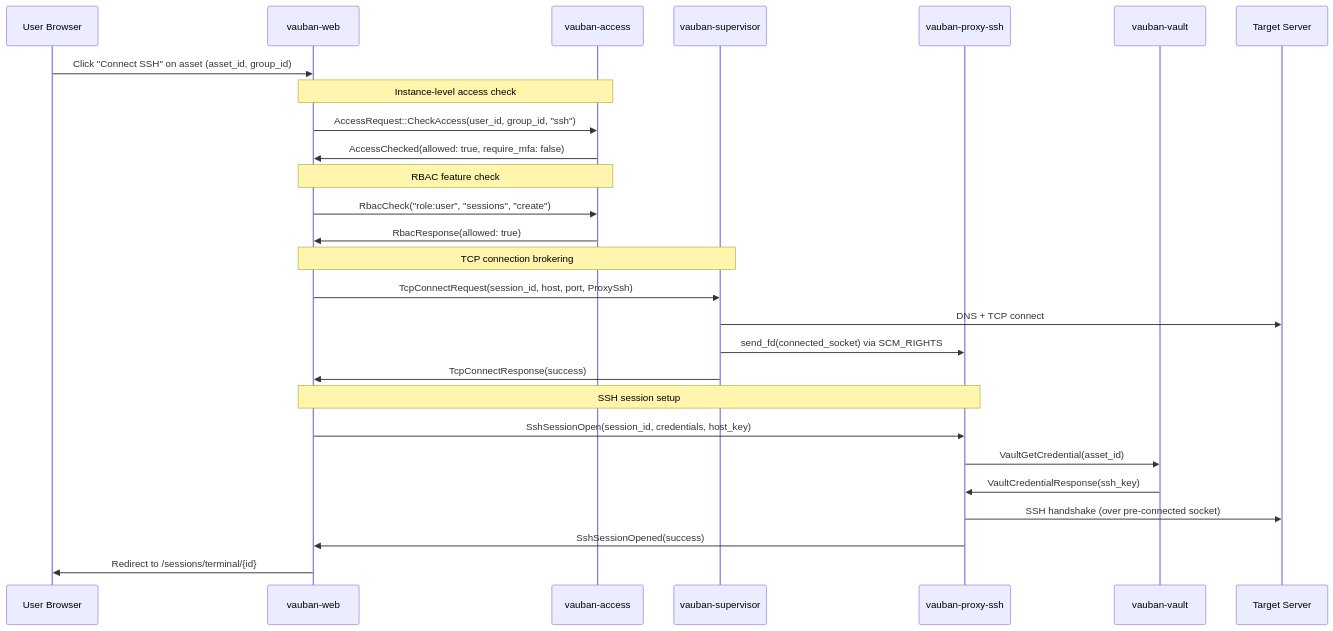
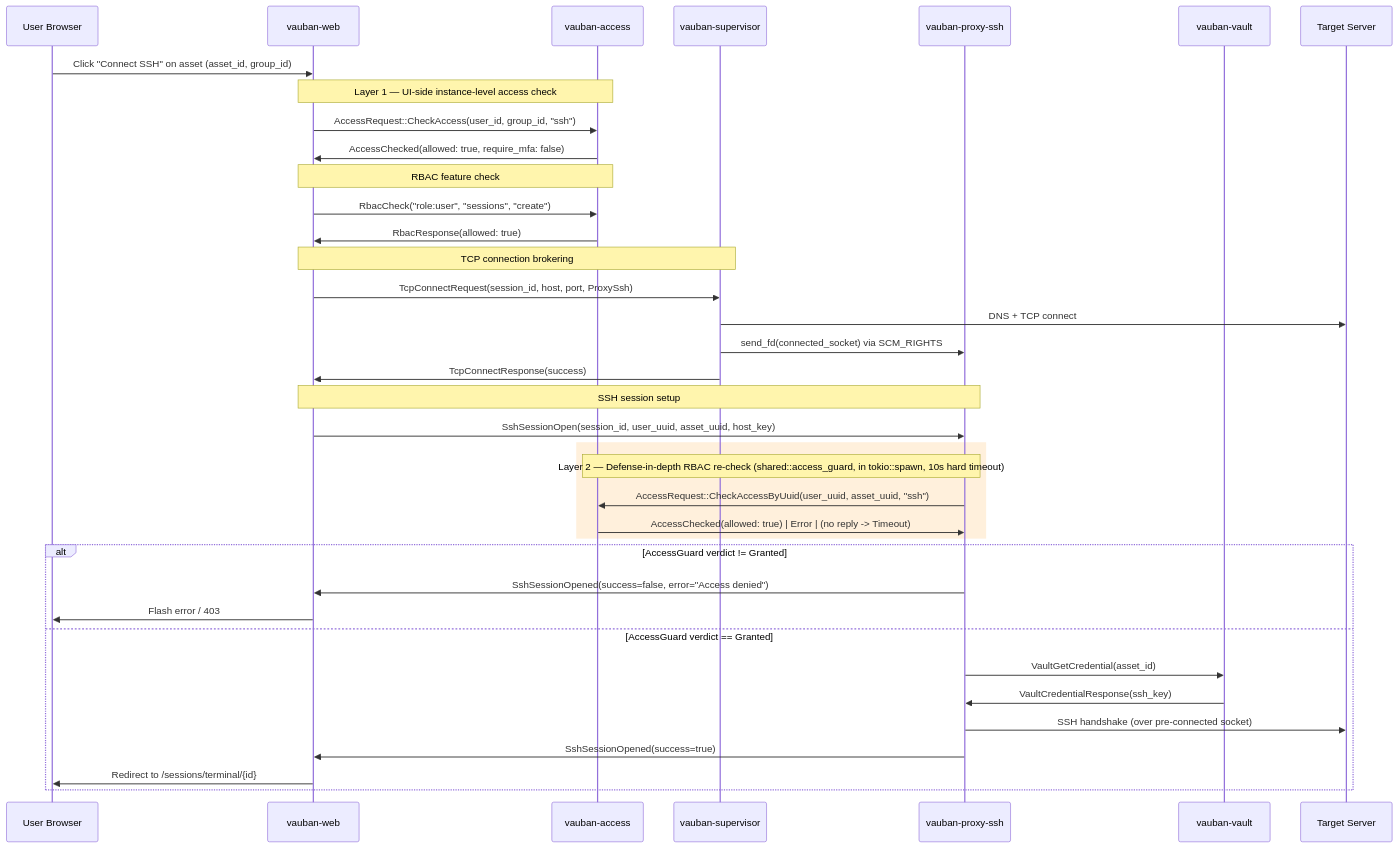
Diagram 17 of 18 in docs/technical/Vauban_IAM_Architecture_EN(1.0).md (rbenaley/Vauban), drawn with Mermaid before and after one commit. The commit also changed other lines of this file and 4 other files, not shown here.

````diff
--- a/docs/technical/Vauban_IAM_Architecture_EN(1.0).md
+++ b/docs/technical/Vauban_IAM_Architecture_EN(1.0).md
@@ -1868,35 +1881,46 @@
 ```mermaid
 sequenceDiagram
     participant U as User Browser
     participant W as vauban-web
     participant AC as vauban-access
     participant S as vauban-supervisor
     participant P as vauban-proxy-ssh
     participant V as vauban-vault
     participant T as Target Server
 
     U->>W: Click "Connect SSH" on asset (asset_id, group_id)
 
-    Note over W,AC: Instance-level access check
+    Note over W,AC: Layer 1 — UI-side instance-level access check
     W->>AC: AccessRequest::CheckAccess(user_id, group_id, "ssh")
     AC->>W: AccessChecked(allowed: true, require_mfa: false)
 
     Note over W,AC: RBAC feature check
     W->>AC: RbacCheck("role:user", "sessions", "create")
     AC->>W: RbacResponse(allowed: true)
 
     Note over W,S: TCP connection brokering
     W->>S: TcpConnectRequest(session_id, host, port, ProxySsh)
     S->>T: DNS + TCP connect
     S->>P: send_fd(connected_socket) via SCM_RIGHTS
     S->>W: TcpConnectResponse(success)
 
     Note over W,P: SSH session setup
-    W->>P: SshSessionOpen(session_id, credentials, host_key)
-    P->>V: VaultGetCredential(asset_id)
-    V->>P: VaultCredentialResponse(ssh_key)
-    P->>T: SSH handshake (over pre-connected socket)
-    P->>W: SshSessionOpened(success)
+    W->>P: SshSessionOpen(session_id, user_uuid, asset_uuid, host_key)
 
-    W->>U: Redirect to /sessions/terminal/{id}
+    rect rgb(255, 240, 220)
+    Note over P,AC: Layer 2 — Defense-in-depth RBAC re-check (shared::access_guard, in tokio::spawn, 10s hard timeout)
+    P->>AC: AccessRequest::CheckAccessByUuid(user_uuid, asset_uuid, "ssh")
+    AC->>P: AccessChecked(allowed: true) | Error | (no reply -> Timeout)
+    end
+
+    alt AccessGuard verdict != Granted
+        P->>W: SshSessionOpened(success=false, error="Access denied")
+        W->>U: Flash error / 403
+    else AccessGuard verdict == Granted
+        P->>V: VaultGetCredential(asset_id)
+        V->>P: VaultCredentialResponse(ssh_key)
+        P->>T: SSH handshake (over pre-connected socket)
+        P->>W: SshSessionOpened(success=true)
+        W->>U: Redirect to /sessions/terminal/{id}
+    end
 ```
````
